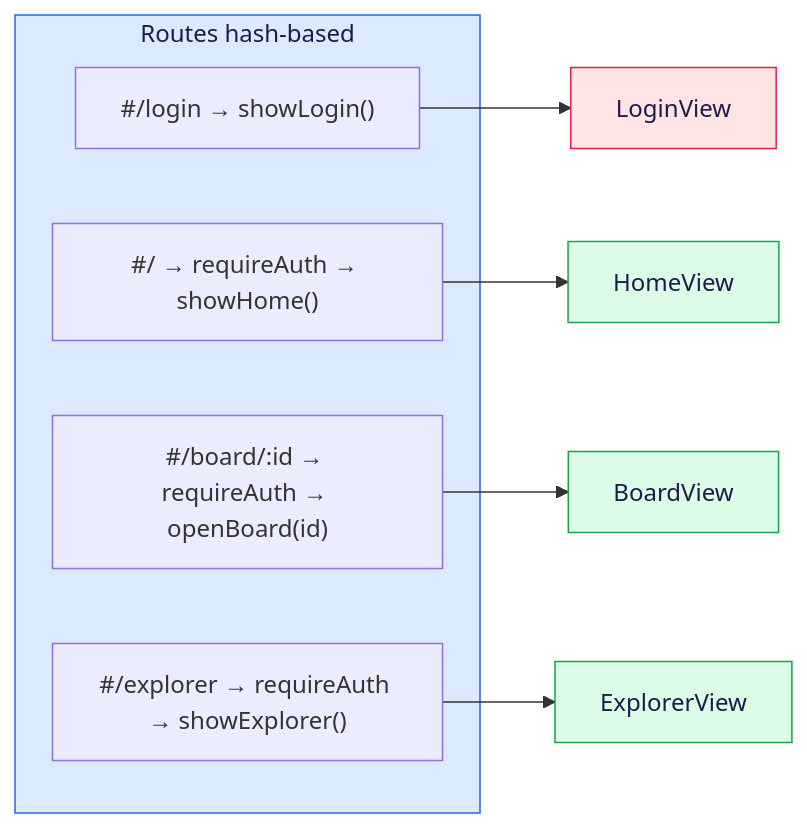
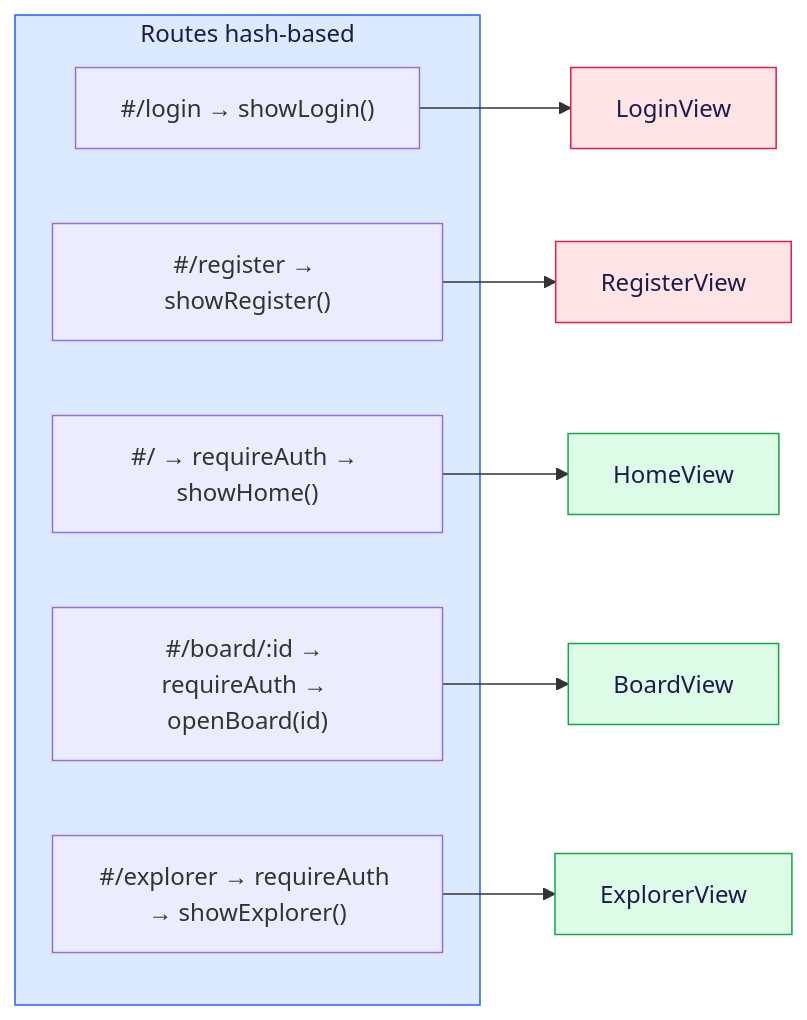
The fourth of 4 diagrams in frontend/docs/ARCHITECTURE.md (deljdlx/kanban), drawn with Mermaid before and after one commit. The commit also changed other lines of this file and 51 other files, not shown here.

````diff
--- a/frontend/docs/ARCHITECTURE.md
+++ b/frontend/docs/ARCHITECTURE.md
@@ -213,21 +219,24 @@
 ```mermaid
 %%{init: {'theme': 'default'}}%%
 graph LR
     subgraph Routes["Routes hash-based"]
         style Routes fill:#dbeafe,stroke:#2563eb,color:#1e1b4b
         R0["#/login → showLogin()"]
+        R00["#/register → showRegister()"]
         R1["#/ → requireAuth → showHome()"]
         R2["#/board/:id → requireAuth → openBoard(id)"]
         R3["#/explorer → requireAuth → showExplorer()"]
     end
 
     R0 --> LOGIN["LoginView"]
+    R00 --> REGISTER["RegisterView"]
     R1 --> HOME["HomeView"]
     R2 --> BOARD["BoardView"]
     R3 --> EXPLORER["ExplorerView"]
 
     style LOGIN fill:#ffe4e6,stroke:#e11d48,color:#1e1b4b
+    style REGISTER fill:#ffe4e6,stroke:#e11d48,color:#1e1b4b
     style HOME fill:#dcfce7,stroke:#16a34a,color:#1e1b4b
     style BOARD fill:#dcfce7,stroke:#16a34a,color:#1e1b4b
     style EXPLORER fill:#dcfce7,stroke:#16a34a,color:#1e1b4b
 ```
````
